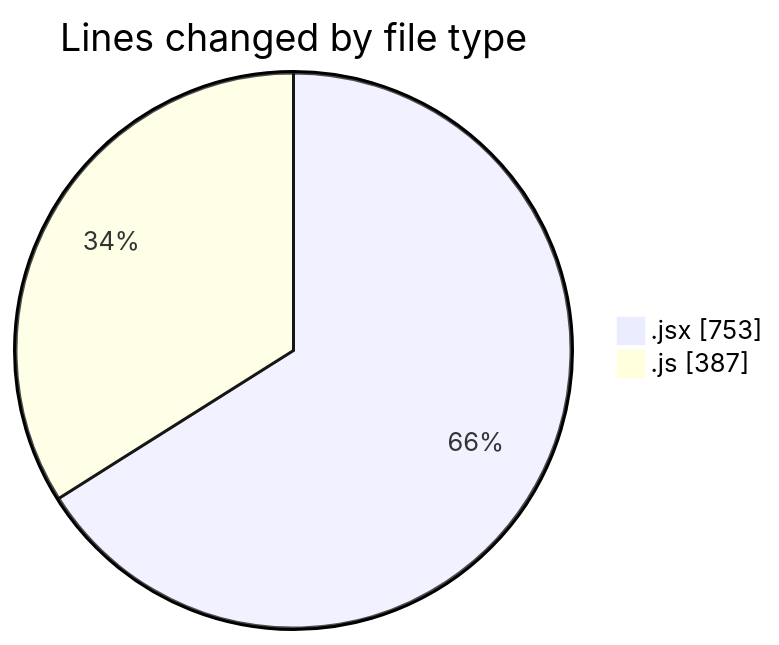
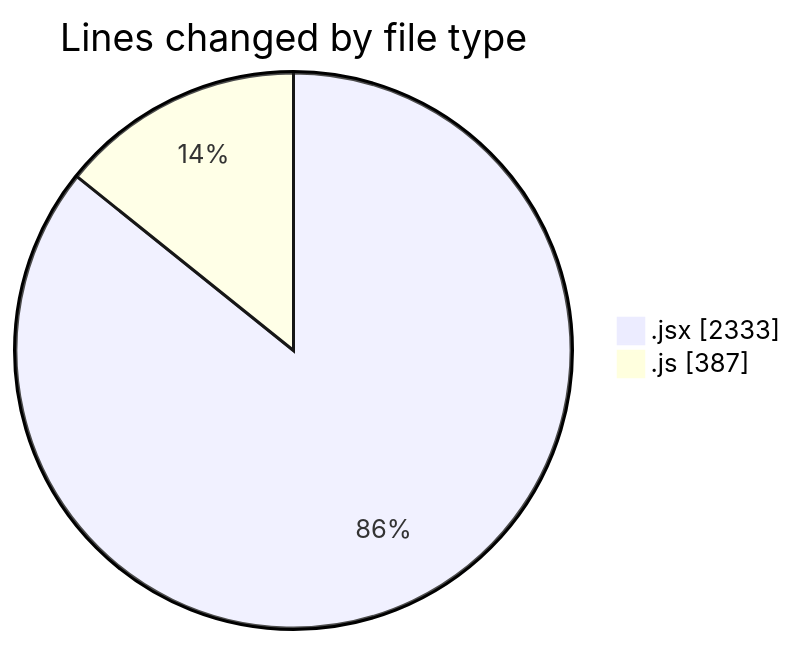
Before and after one commit to nxtqubesakshisongat/code-tracking: the first of 2 diagrams in 2025-05-09/argos-dev/README.md, drawn with Mermaid. The commit also changed other lines of this file and 1 other file, not shown here.

````diff
--- a/2025-05-09/argos-dev/README.md
+++ b/2025-05-09/argos-dev/README.md
@@ -23,6 +24,6 @@
 ```mermaid
 pie showData
 title Lines changed by file type
-".jsx" : 753
+".jsx" : 2333
 ".js" : 387
 ```
````
